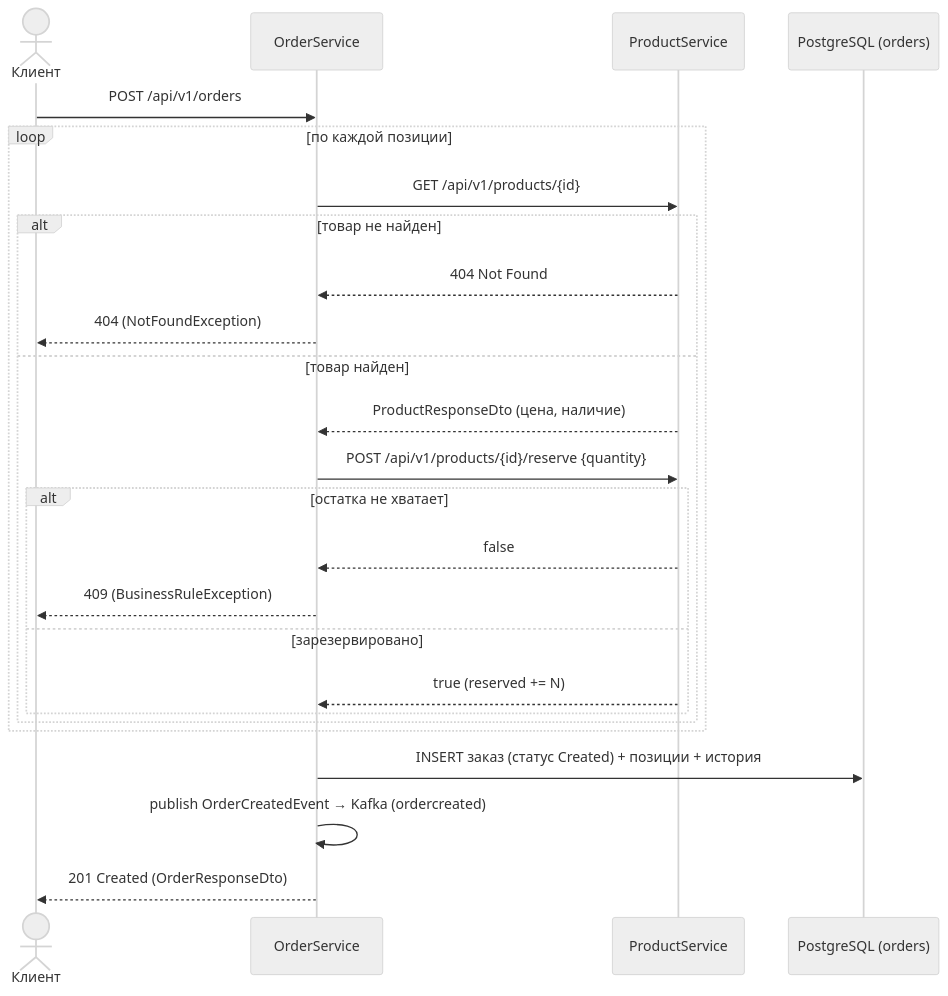
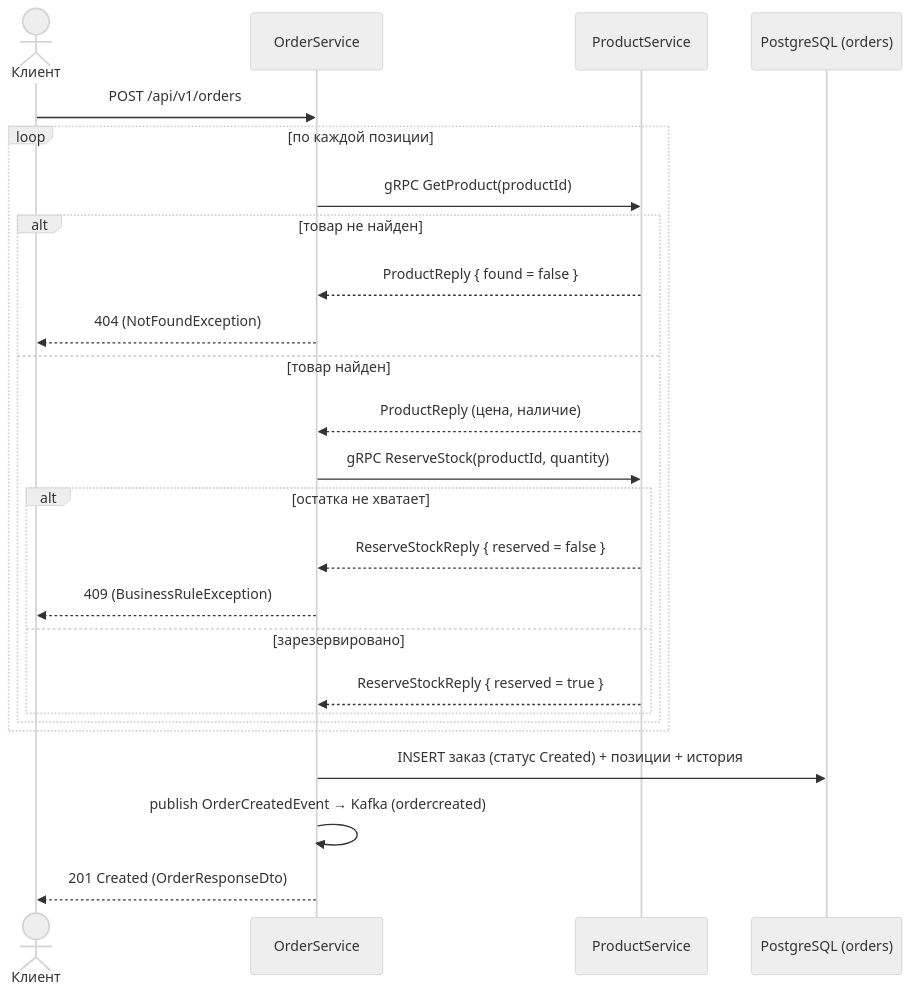
The second of 4 diagrams in README.md (weykko/order-service), drawn with Mermaid (neutral theme) before and after one commit. The commit also changed other lines of this file and 15 other files, not shown here.

````diff
--- a/README.md
+++ b/README.md
@@ -128,28 +139,28 @@
 ```mermaid
 sequenceDiagram
     actor Client as Клиент
     participant OS as OrderService
     participant PS as ProductService
     participant DB as PostgreSQL (orders)
 
     Client->>OS: POST /api/v1/orders
     loop по каждой позиции
-        OS->>PS: GET /api/v1/products/{id}
+        OS->>PS: gRPC GetProduct(productId)
         alt товар не найден
-            PS-->>OS: 404 Not Found
+            PS-->>OS: ProductReply { found = false }
             OS-->>Client: 404 (NotFoundException)
         else товар найден
-            PS-->>OS: ProductResponseDto (цена, наличие)
-            OS->>PS: POST /api/v1/products/{id}/reserve {quantity}
+            PS-->>OS: ProductReply (цена, наличие)
+            OS->>PS: gRPC ReserveStock(productId, quantity)
             alt остатка не хватает
-                PS-->>OS: false
+                PS-->>OS: ReserveStockReply { reserved = false }
                 OS-->>Client: 409 (BusinessRuleException)
             else зарезервировано
-                PS-->>OS: true (reserved += N)
+                PS-->>OS: ReserveStockReply { reserved = true }
             end
         end
     end
     OS->>DB: INSERT заказ (статус Created) + позиции + история
     OS->>OS: publish OrderCreatedEvent → Kafka (ordercreated)
     OS-->>Client: 201 Created (OrderResponseDto)
 ```
````
